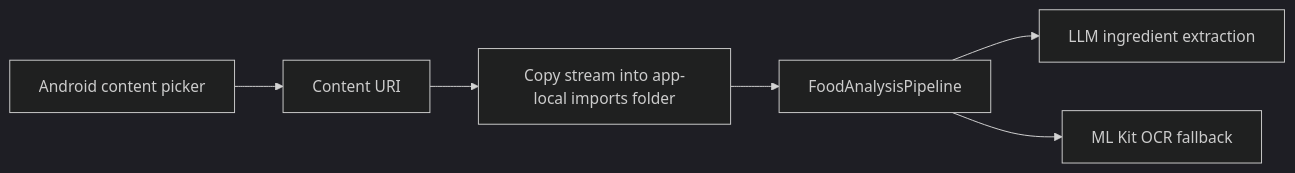
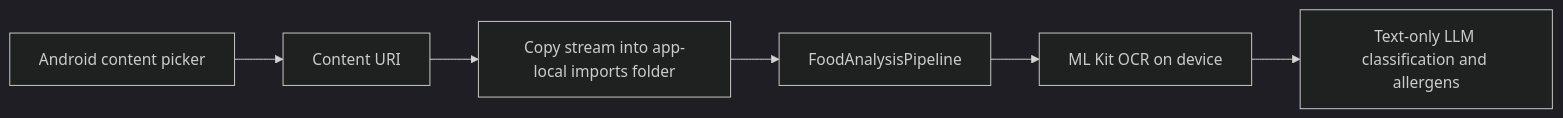
Before and after one commit to benevolentbandwidth/ultraprocessed: the second of 3 diagrams in documentation/03-camera-ocr-barcode.md, drawn with Mermaid (dark theme). The commit also changed other lines of this file and 40 other files, not shown here.

````diff
--- a/documentation/03-camera-ocr-barcode.md
+++ b/documentation/03-camera-ocr-barcode.md
@@ -31,8 +31,8 @@
 ```mermaid
 flowchart LR
     Picker[Android content picker] --> Uri[Content URI]
     Uri --> Copy[Copy stream into app-local imports folder]
     Copy --> Analysis[FoodAnalysisPipeline]
-    Analysis --> LLM[LLM ingredient extraction]
-    Analysis --> OCR[ML Kit OCR fallback]
+    Analysis --> OCR[ML Kit OCR on device]
+    OCR --> LLM[Text-only LLM classification and allergens]
 ```
````
